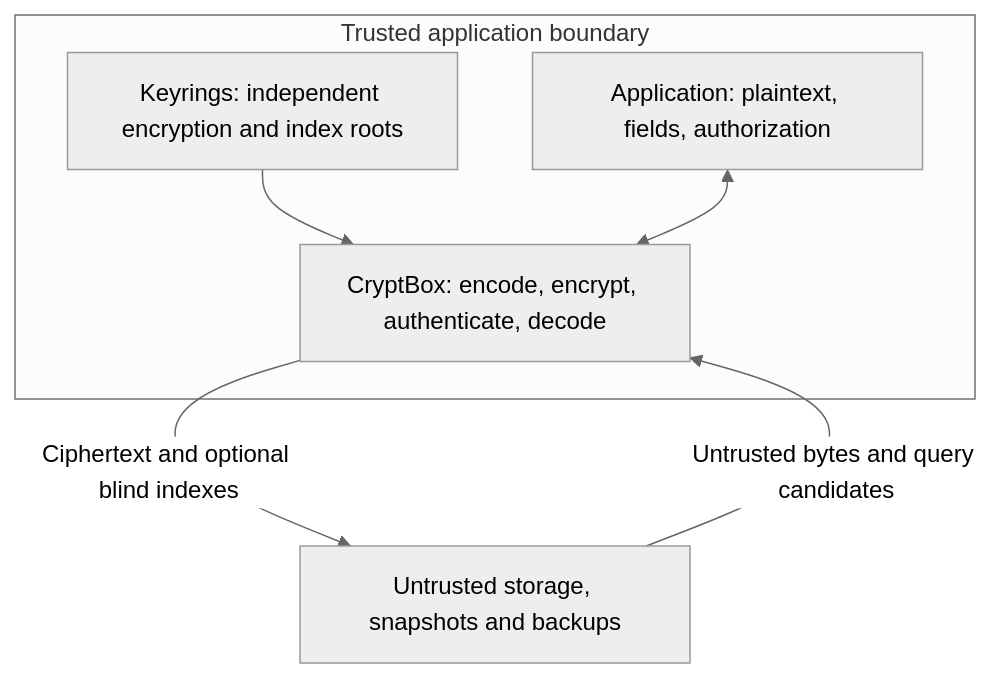
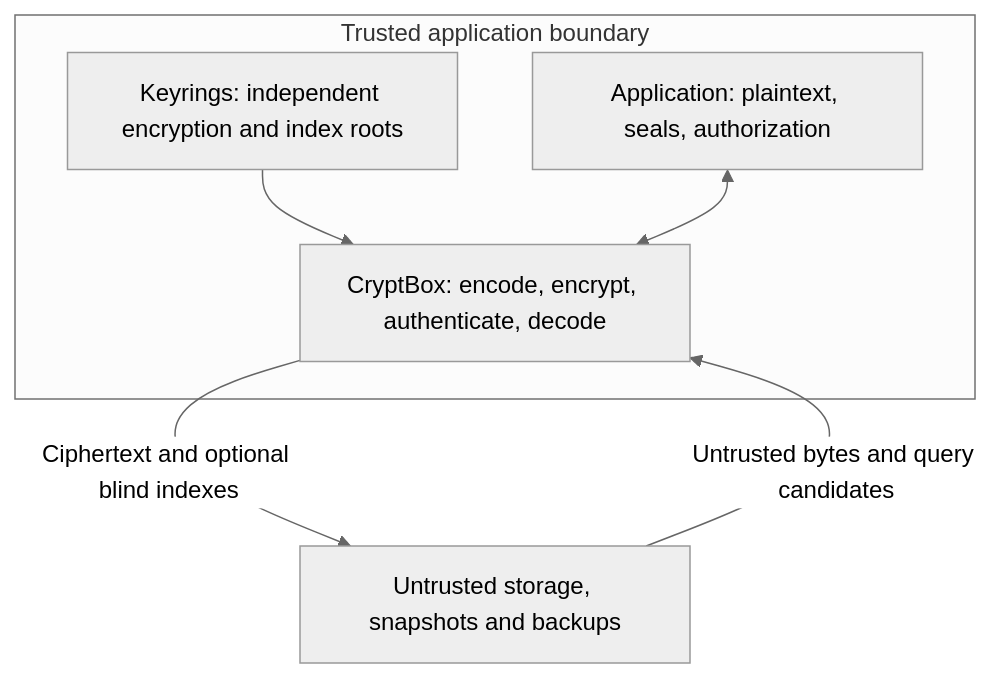
Before and after one commit to sagikazarmark/cryptbox: the diagram in docs/security.md, drawn with Mermaid (neutral theme). The commit also changed other lines of this file and 83 other files, not shown here.

````diff
--- a/docs/security.md
+++ b/docs/security.md
@@ -12,12 +12,12 @@
 ```mermaid
 flowchart TB
     subgraph trusted["Trusted application boundary"]
         K["Keyrings: independent encryption and index roots"]
-        A["Application: plaintext, fields, authorization"]
+        A["Application: plaintext, seals, authorization"]
         C["CryptBox: encode, encrypt, authenticate, decode"]
         K --> C
         A <--> C
     end
     C -->|"Ciphertext and optional blind indexes"| S["Untrusted storage, snapshots and backups"]
     S -->|"Untrusted bytes and query candidates"| C
 ```
````
